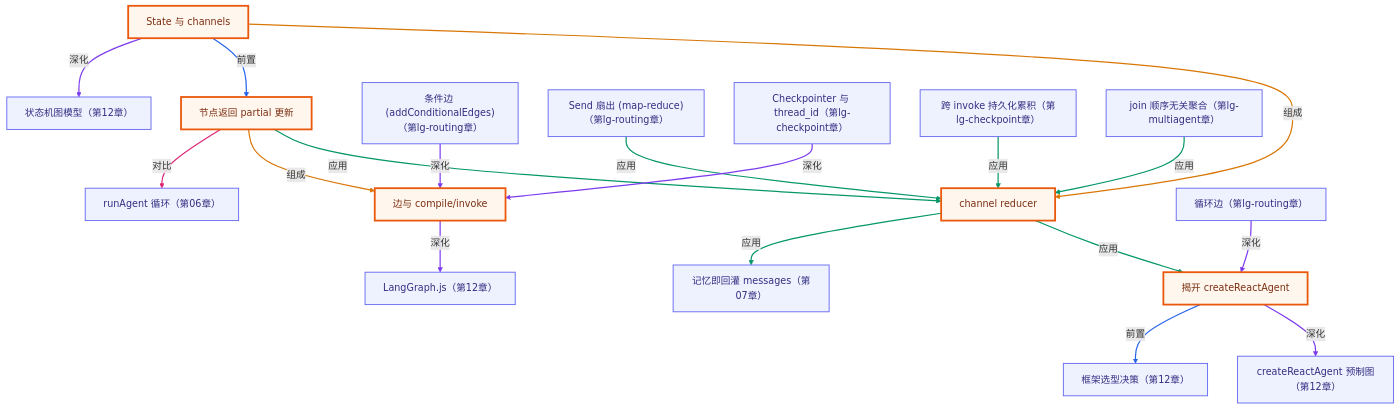
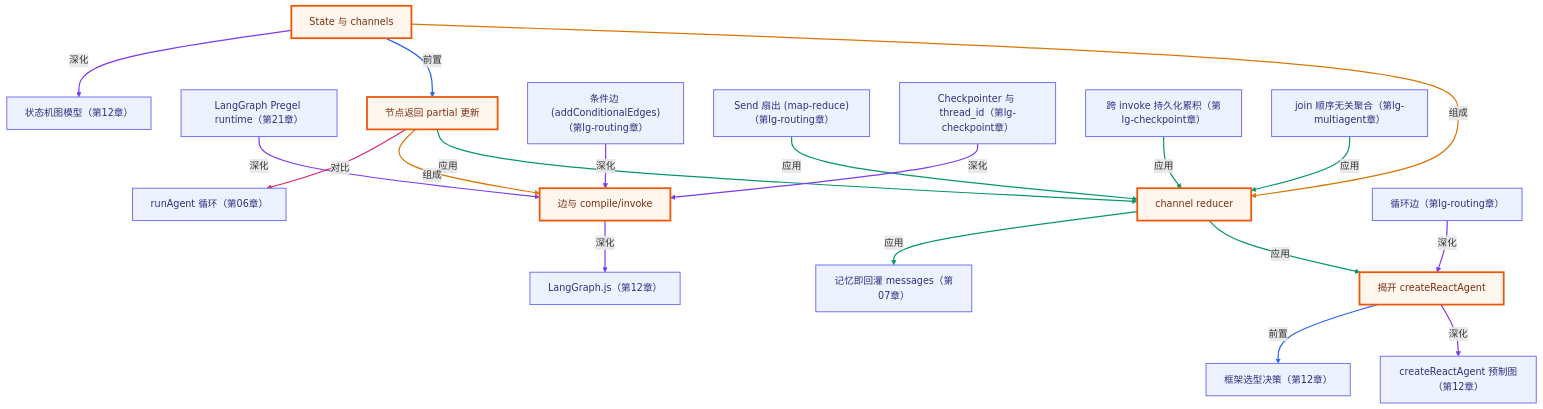
Before and after one commit to songuu/agent: the second of 2 diagrams in langgraph-advanced/01-stategraph-basics/README.md, drawn with Mermaid. The commit also changed other lines of this file and 20 other files, not shown here.

````diff
--- a/langgraph-advanced/01-stategraph-basics/README.md
+++ b/langgraph-advanced/01-stategraph-basics/README.md
@@ -172,58 +172,61 @@
 ```mermaid
 graph TB
   classDef own fill:#fff7ed,stroke:#ea580c,stroke-width:3px,color:#7c2d12;
   classDef cross fill:#eef2ff,stroke:#6366f1,stroke-width:1.5px,color:#312e81;
   n_lgsg_state_channels["State 与 channels"]
   n_lgsg_reducer["channel reducer"]
   n_lgsg_node_partial["节点返回 partial 更新"]
   n_lgsg_edges_compile["边与 compile/invoke"]
   n_lgsg_vs_prebuilt["揭开 createReactAgent"]
+  n_srca_langgraph_runtime["LangGraph Pregel runtime（第21章）"]
   n_c12_react_agent["createReactAgent 预制图（第12章）"]
   n_c12_state_graph["状态机图模型（第12章）"]
   n_c12_langgraph["LangGraph.js（第12章）"]
   n_c06_run_agent_loop["runAgent 循环（第06章）"]
   n_c07_conversation_as_array["记忆即回灌 messages（第07章）"]
   n_c12_framework_choice["框架选型决策（第12章）"]
   n_lgrt_conditional_edge["条件边 (addConditionalEdges)（第lg-routing章）"]
   n_lgrt_loop["循环边（第lg-routing章）"]
   n_lgrt_send_fanout["Send 扇出 (map-reduce)（第lg-routing章）"]
   n_lgcp_checkpointer["Checkpointer 与 thread_id（第lg-checkpoint章）"]
   n_lgcp_persist_accumulate["跨 invoke 持久化累积（第lg-checkpoint章）"]
   n_lgma_order_independent_join["join 顺序无关聚合（第lg-multiagent章）"]
+  n_srca_langgraph_runtime -->|深化| n_lgsg_edges_compile
   n_lgsg_state_channels -->|组成| n_lgsg_reducer
   n_lgsg_state_channels -->|前置| n_lgsg_node_partial
   n_lgsg_node_partial -->|应用| n_lgsg_reducer
   n_lgsg_node_partial -->|组成| n_lgsg_edges_compile
   n_lgsg_reducer -->|应用| n_lgsg_vs_prebuilt
   n_lgsg_vs_prebuilt -->|深化| n_c12_react_agent
   n_lgsg_state_channels -->|深化| n_c12_state_graph
   n_lgsg_edges_compile -->|深化| n_c12_langgraph
   n_lgsg_node_partial -->|对比| n_c06_run_agent_loop
   n_lgsg_reducer -->|应用| n_c07_conversation_as_array
   n_lgsg_vs_prebuilt -->|前置| n_c12_framework_choice
   n_lgrt_conditional_edge -->|深化| n_lgsg_edges_compile
   n_lgrt_loop -->|深化| n_lgsg_vs_prebuilt
   n_lgrt_send_fanout -->|应用| n_lgsg_reducer
   n_lgcp_checkpointer -->|深化| n_lgsg_edges_compile
   n_lgcp_persist_accumulate -->|应用| n_lgsg_reducer
   n_lgma_order_independent_join -->|应用| n_lgsg_reducer
   class n_lgsg_state_channels,n_lgsg_reducer,n_lgsg_node_partial,n_lgsg_edges_compile,n_lgsg_vs_prebuilt own;
-  class n_c12_react_agent,n_c12_state_graph,n_c12_langgraph,n_c06_run_agent_loop,n_c07_conversation_as_array,n_c12_framework_choice,n_lgrt_conditional_edge,n_lgrt_loop,n_lgrt_send_fanout,n_lgcp_checkpointer,n_lgcp_persist_accumulate,n_lgma_order_independent_join cross;
-  linkStyle 0 stroke:#d97706,stroke-width:2px;
-  linkStyle 1 stroke:#2563eb,stroke-width:2px;
-  linkStyle 2 stroke:#059669,stroke-width:2px;
-  linkStyle 3 stroke:#d97706,stroke-width:2px;
-  linkStyle 4 stroke:#059669,stroke-width:2px;
-  linkStyle 5 stroke:#7c3aed,stroke-width:2px;
+  class n_srca_langgraph_runtime,n_c12_react_agent,n_c12_state_graph,n_c12_langgraph,n_c06_run_agent_loop,n_c07_conversation_as_array,n_c12_framework_choice,n_lgrt_conditional_edge,n_lgrt_loop,n_lgrt_send_fanout,n_lgcp_checkpointer,n_lgcp_persist_accumulate,n_lgma_order_independent_join cross;
+  linkStyle 0 stroke:#7c3aed,stroke-width:2px;
+  linkStyle 1 stroke:#d97706,stroke-width:2px;
+  linkStyle 2 stroke:#2563eb,stroke-width:2px;
+  linkStyle 3 stroke:#059669,stroke-width:2px;
+  linkStyle 4 stroke:#d97706,stroke-width:2px;
+  linkStyle 5 stroke:#059669,stroke-width:2px;
   linkStyle 6 stroke:#7c3aed,stroke-width:2px;
   linkStyle 7 stroke:#7c3aed,stroke-width:2px;
-  linkStyle 8 stroke:#db2777,stroke-width:2px;
-  linkStyle 9 stroke:#059669,stroke-width:2px;
-  linkStyle 10 stroke:#2563eb,stroke-width:2px;
-  linkStyle 11 stroke:#7c3aed,stroke-width:2px;
+  linkStyle 8 stroke:#7c3aed,stroke-width:2px;
+  linkStyle 9 stroke:#db2777,stroke-width:2px;
+  linkStyle 10 stroke:#059669,stroke-width:2px;
+  linkStyle 11 stroke:#2563eb,stroke-width:2px;
   linkStyle 12 stroke:#7c3aed,stroke-width:2px;
-  linkStyle 13 stroke:#059669,stroke-width:2px;
-  linkStyle 14 stroke:#7c3aed,stroke-width:2px;
-  linkStyle 15 stroke:#059669,stroke-width:2px;
+  linkStyle 13 stroke:#7c3aed,stroke-width:2px;
+  linkStyle 14 stroke:#059669,stroke-width:2px;
+  linkStyle 15 stroke:#7c3aed,stroke-width:2px;
   linkStyle 16 stroke:#059669,stroke-width:2px;
+  linkStyle 17 stroke:#059669,stroke-width:2px;
 ```
````
